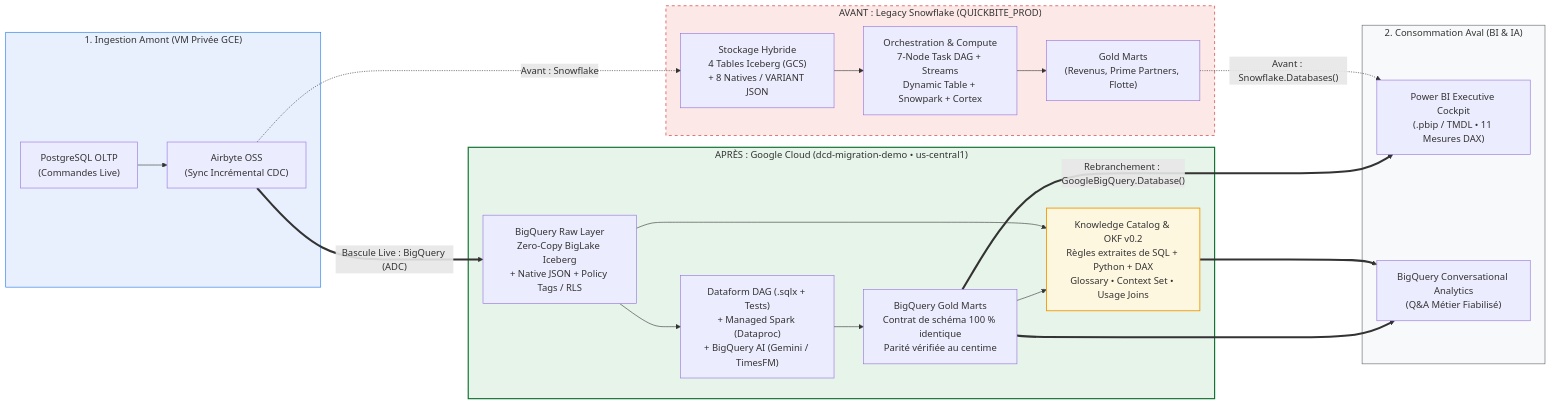
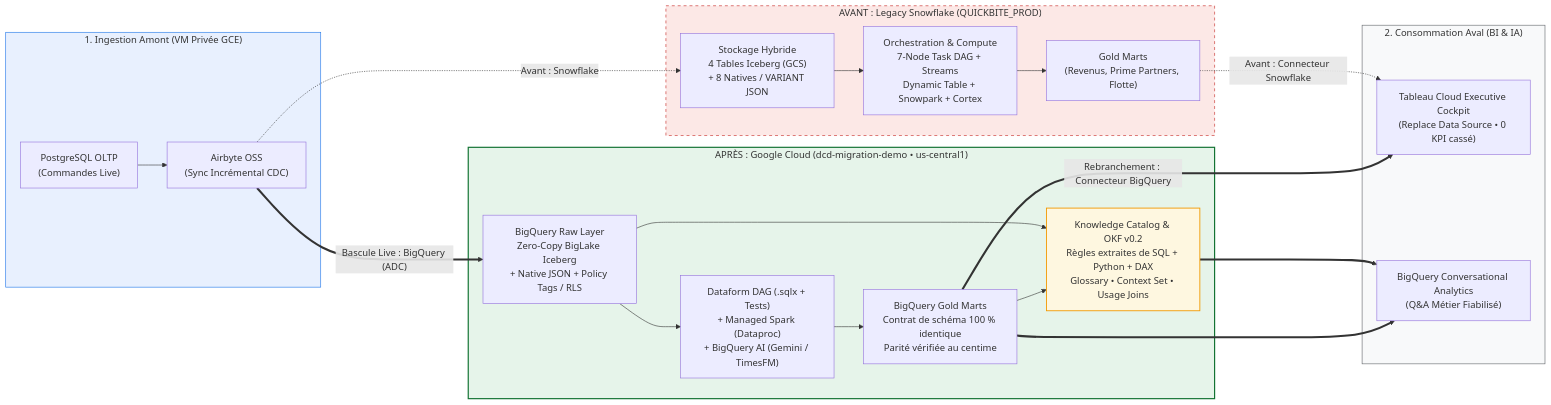
The diagram in docs/BRIEF_DEMO_ET_SLIDES_JOHAN.md (lvaracca/dcd-agentic-data-migration), drawn with Mermaid before and after one commit. The commit also changed other lines of this file and 2 other files, not shown here.

Commit message:
feat: add Tableau Cloud cutover guide, .twb repoint helper, and update Johan slides brief

````diff
--- a/docs/BRIEF_DEMO_ET_SLIDES_JOHAN.md
+++ b/docs/BRIEF_DEMO_ET_SLIDES_JOHAN.md
@@ -29,41 +29,41 @@
 ```mermaid
 flowchart LR
     subgraph UP["1. Ingestion Amont (VM Privée GCE)"]
         PG["PostgreSQL OLTP<br/>(Commandes Live)"]
         AB["Airbyte OSS<br/>(Sync Incrémental CDC)"]
         PG --> AB
     end
 
     subgraph LEGACY["AVANT : Legacy Snowflake (QUICKBITE_PROD)"]
         SF_RAW["Stockage Hybride<br/>4 Tables Iceberg (GCS)<br/>+ 8 Natives / VARIANT JSON"]
         SF_ORCH["Orchestration & Compute<br/>7-Node Task DAG + Streams<br/>Dynamic Table + Snowpark + Cortex"]
         SF_MART["Gold Marts<br/>(Revenus, Prime Partners, Flotte)"]
         SF_RAW --> SF_ORCH --> SF_MART
     end
 
     subgraph GCP["APRÈS : Google Cloud (dcd-migration-demo • us-central1)"]
         BQ_RAW["BigQuery Raw Layer<br/>Zero-Copy BigLake Iceberg<br/>+ Native JSON + Policy Tags / RLS"]
         BQ_ORCH["Dataform DAG (.sqlx + Tests)<br/>+ Managed Spark (Dataproc)<br/>+ BigQuery AI (Gemini / TimesFM)"]
         BQ_MART["BigQuery Gold Marts<br/>Contrat de schéma 100 % identique<br/>Parité vérifiée au centime"]
         KC["Knowledge Catalog & OKF v0.2<br/>Règles extraites de SQL + Python + DAX<br/>Glossary • Context Set • Usage Joins"]
         BQ_RAW --> BQ_ORCH --> BQ_MART
         BQ_RAW & BQ_MART --> KC
     end
 
     subgraph DOWN["2. Consommation Aval (BI & IA)"]
-        PBI["Power BI Executive Cockpit<br/>(.pbip / TMDL • 11 Mesures DAX)"]
+        BI["Tableau Cloud Executive Cockpit<br/>(Replace Data Source • 0 KPI cassé)"]
         CA["BigQuery Conversational Analytics<br/>(Q&A Métier Fiabilisé)"]
     end
 
     AB -. "Avant : Snowflake" .-> SF_RAW
     AB == "Bascule Live : BigQuery (ADC)" ==> BQ_RAW
-    SF_MART -. "Avant : Snowflake.Databases()" .-> PBI
-    BQ_MART == "Rebranchement : GoogleBigQuery.Database()" ==> PBI
+    SF_MART -. "Avant : Connecteur Snowflake" .-> BI
+    BQ_MART == "Rebranchement : Connecteur BigQuery" ==> BI
     KC & BQ_MART ==> CA
 
     style LEGACY fill:#fce8e6,stroke:#c5221f,stroke-dasharray: 5 5
     style GCP fill:#e6f4ea,stroke:#137333,stroke-width:2px
     style KC fill:#fef7e0,stroke:#f29900,stroke-width:1.5px
     style UP fill:#e8f0fe,stroke:#1a73e8
     style DOWN fill:#f8f9fa,stroke:#5f6368
 ```
````
